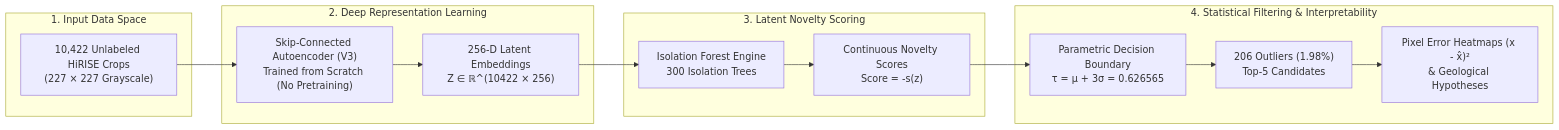
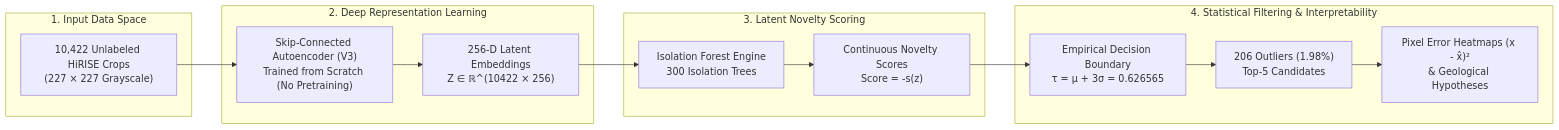
The first of 2 diagrams in README.md (Debjit2821/NSSC-Data-analytics), drawn with Mermaid before and after one commit. The commit also changed other lines of this file, not shown here.

First line of the commit message:
Revise statistical cutoff and decision boundary descriptions

````diff
--- a/README.md
+++ b/README.md
@@ -49,24 +49,24 @@
 ```mermaid
 flowchart LR
     subgraph DataSpace["1. Input Data Space"]
         A["10,422 Unlabeled HiRISE Crops\n(227 × 227 Grayscale)"]
     end
     
     subgraph FeatureSpace["2. Deep Representation Learning"]
         B["Skip-Connected Autoencoder (V3)\nTrained from Scratch (No Pretraining)"]
         C["256-D Latent Embeddings\nZ ∈ ℝ^(10422 × 256)"]
     end
     
     subgraph NoveltySpace["3. Latent Novelty Scoring"]
         D["Isolation Forest Engine\n300 Isolation Trees"]
         E["Continuous Novelty Scores\nScore = -s(z)"]
     end
     
     subgraph DecisionSpace["4. Statistical Filtering & Interpretability"]
-        F["Parametric Decision Boundary\nτ = μ + 3σ = 0.626565"]
+        F["Empirical Decision Boundary\nτ = μ + 3σ = 0.626565"]
         G["206 Outliers (1.98%)\nTop-5 Candidates"]
         H["Pixel Error Heatmaps (x - x̂)²\n& Geological Hypotheses"]
     end
     
     A --> B --> C --> D --> E --> F --> G --> H
 ```
````
